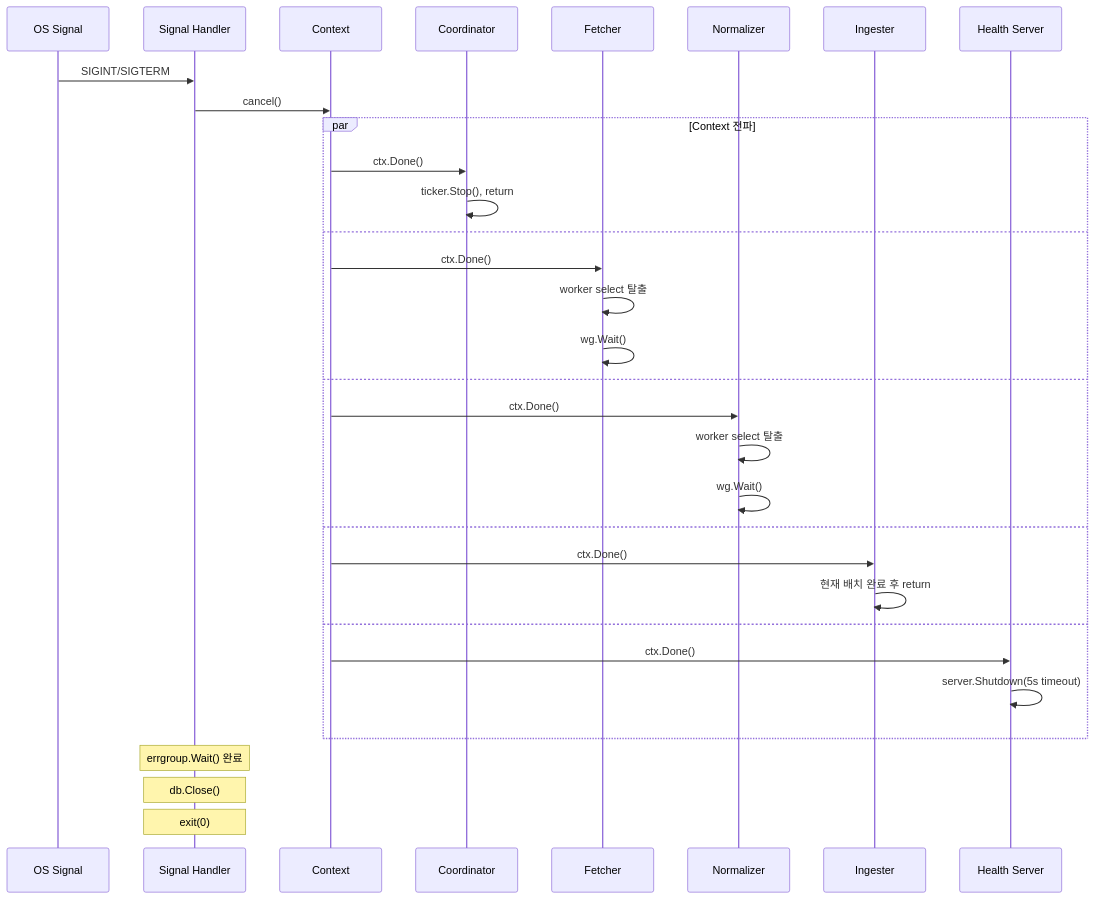
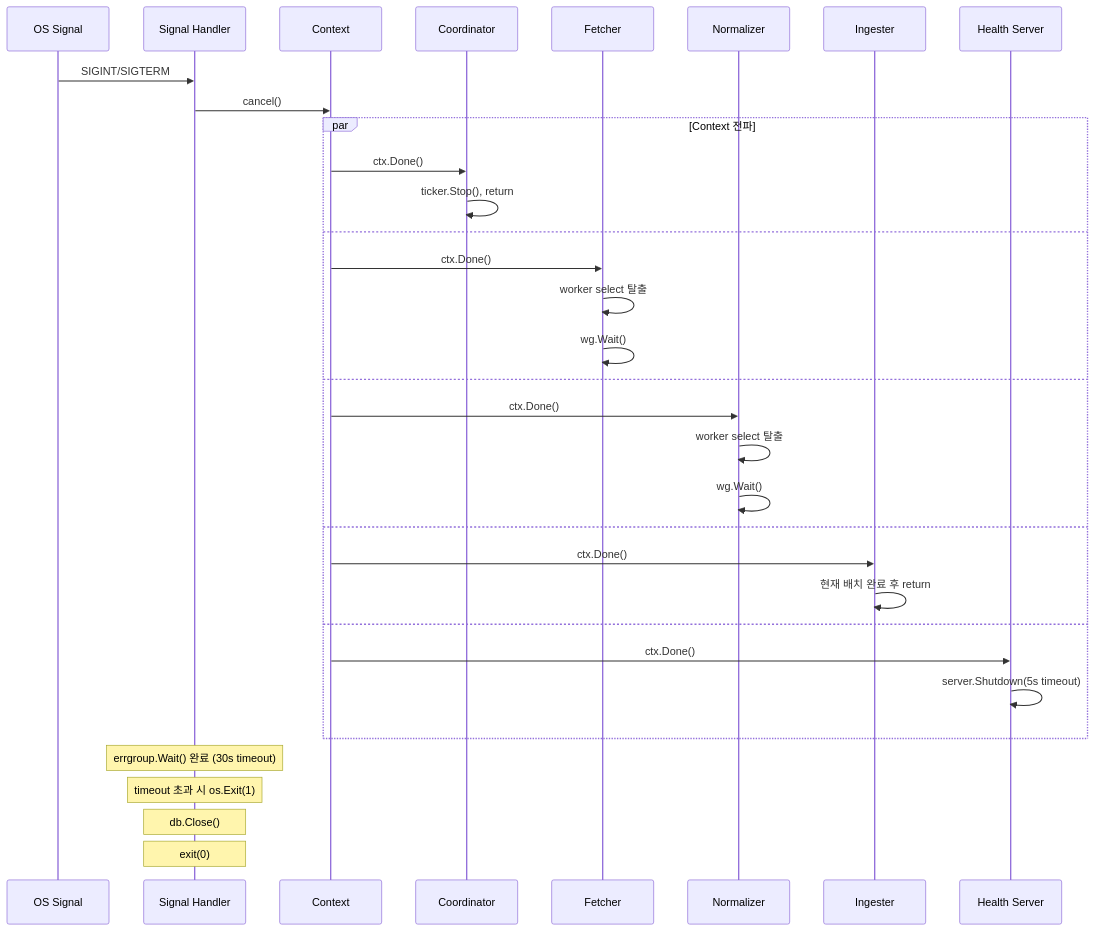
Before and after one commit to emperorhan/multichain-indexer: the eighth of 8 diagrams in docs/architecture.md, drawn with Mermaid. The commit also changed other lines of this file and 8 other files, not shown here.

````diff
--- a/docs/architecture.md
+++ b/docs/architecture.md
@@ -1027,37 +1066,38 @@
 ```mermaid
 sequenceDiagram
     participant OS as OS Signal
     participant SH as Signal Handler
     participant Ctx as Context
     participant C as Coordinator
     participant F as Fetcher
     participant N as Normalizer
     participant I as Ingester
     participant HS as Health Server
 
     OS->>SH: SIGINT/SIGTERM
     SH->>Ctx: cancel()
 
     par Context 전파
         Ctx->>C: ctx.Done()
         C->>C: ticker.Stop(), return
     and
         Ctx->>F: ctx.Done()
         F->>F: worker select 탈출
         F->>F: wg.Wait()
     and
         Ctx->>N: ctx.Done()
         N->>N: worker select 탈출
         N->>N: wg.Wait()
     and
         Ctx->>I: ctx.Done()
         I->>I: 현재 배치 완료 후 return
     and
         Ctx->>HS: ctx.Done()
         HS->>HS: server.Shutdown(5s timeout)
     end
 
-    Note over SH: errgroup.Wait() 완료
+    Note over SH: errgroup.Wait() 완료 (30s timeout)
+    Note over SH: timeout 초과 시 os.Exit(1)
     Note over SH: db.Close()
     Note over SH: exit(0)
 ```
````
